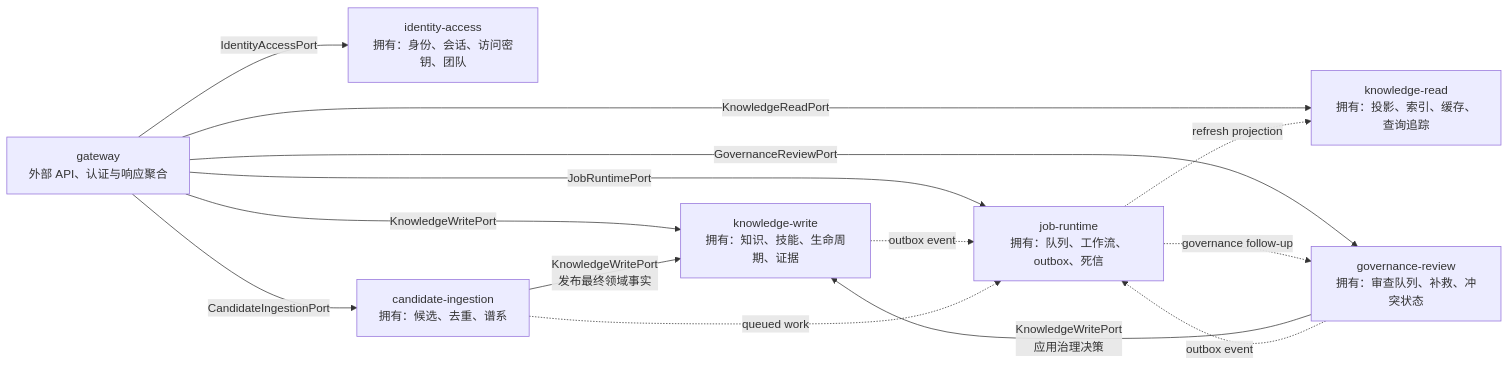
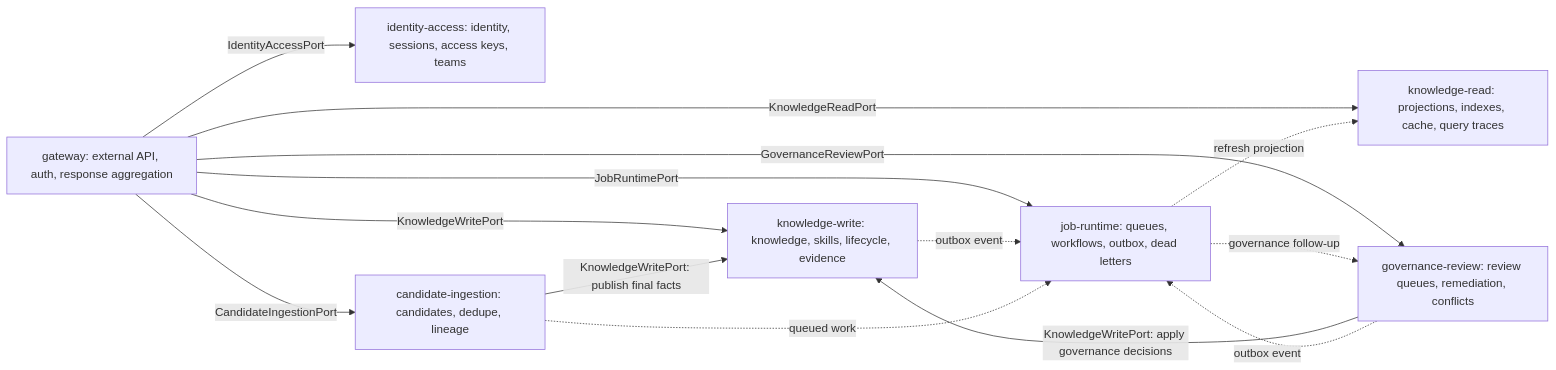
Before and after one commit to pofossette/TrapMap-for-vibing: the second of 3 diagrams in docs/architecture/SERVICE_BOUNDARIES.md, drawn with Mermaid. The commit also changed other lines of this file and 37 other files, not shown here.

````diff
--- a/docs/architecture/SERVICE_BOUNDARIES.md
+++ b/docs/architecture/SERVICE_BOUNDARIES.md
@@ -231,27 +231,27 @@
 ```mermaid
 flowchart LR
-    Gateway["gateway\n外部 API、认证与响应聚合"]
+    Gateway["gateway: external API, auth, response aggregation"]
 
-    Identity["identity-access\n拥有：身份、会话、访问密钥、团队"]
-    Read["knowledge-read\n拥有：投影、索引、缓存、查询追踪"]
-    Write["knowledge-write\n拥有：知识、技能、生命周期、证据"]
-    Candidate["candidate-ingestion\n拥有：候选、去重、谱系"]
-    Review["governance-review\n拥有：审查队列、补救、冲突状态"]
-    Jobs["job-runtime\n拥有：队列、工作流、outbox、死信"]
+    Identity["identity-access: identity, sessions, access keys, teams"]
+    Read["knowledge-read: projections, indexes, cache, query traces"]
+    Write["knowledge-write: knowledge, skills, lifecycle, evidence"]
+    Candidate["candidate-ingestion: candidates, dedupe, lineage"]
+    Review["governance-review: review queues, remediation, conflicts"]
+    Jobs["job-runtime: queues, workflows, outbox, dead letters"]
 
-    Gateway -->|"IdentityAccessPort"| Identity
-    Gateway -->|"KnowledgeReadPort"| Read
-    Gateway -->|"KnowledgeWritePort"| Write
-    Gateway -->|"CandidateIngestionPort"| Candidate
-    Gateway -->|"GovernanceReviewPort"| Review
-    Gateway -->|"JobRuntimePort"| Jobs
+    Gateway -->|IdentityAccessPort| Identity
+    Gateway -->|KnowledgeReadPort| Read
+    Gateway -->|KnowledgeWritePort| Write
+    Gateway -->|CandidateIngestionPort| Candidate
+    Gateway -->|GovernanceReviewPort| Review
+    Gateway -->|JobRuntimePort| Jobs
 
-    Candidate -->|"KnowledgeWritePort\n发布最终领域事实"| Write
-    Review -->|"KnowledgeWritePort\n应用治理决策"| Write
+    Candidate -->|KnowledgeWritePort: publish final facts| Write
+    Review -->|KnowledgeWritePort: apply governance decisions| Write
 
-    Write -. "outbox event" .-> Jobs
-    Candidate -. "queued work" .-> Jobs
-    Review -. "outbox event" .-> Jobs
-    Jobs -. "refresh projection" .-> Read
-    Jobs -. "governance follow-up" .-> Review
+    Write -.->|outbox event| Jobs
+    Candidate -.->|queued work| Jobs
+    Review -.->|outbox event| Jobs
+    Jobs -.->|refresh projection| Read
+    Jobs -.->|governance follow-up| Review
 ```
````
